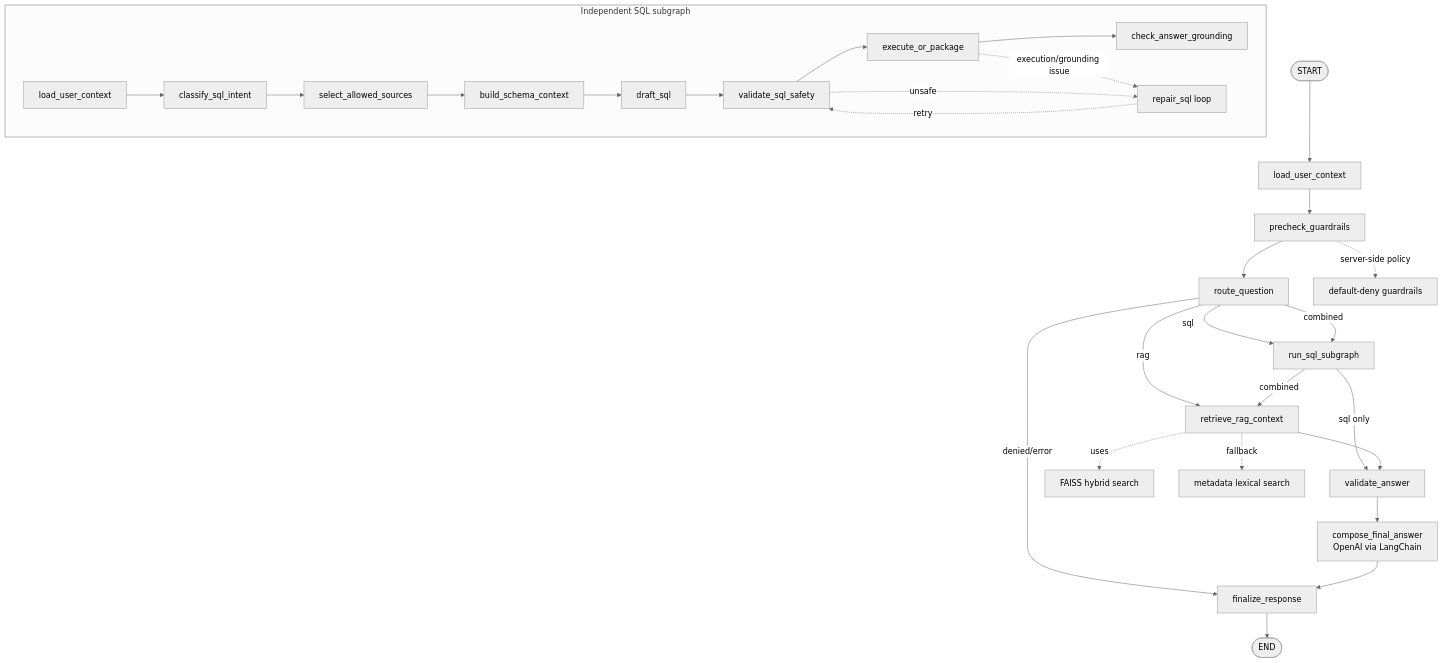
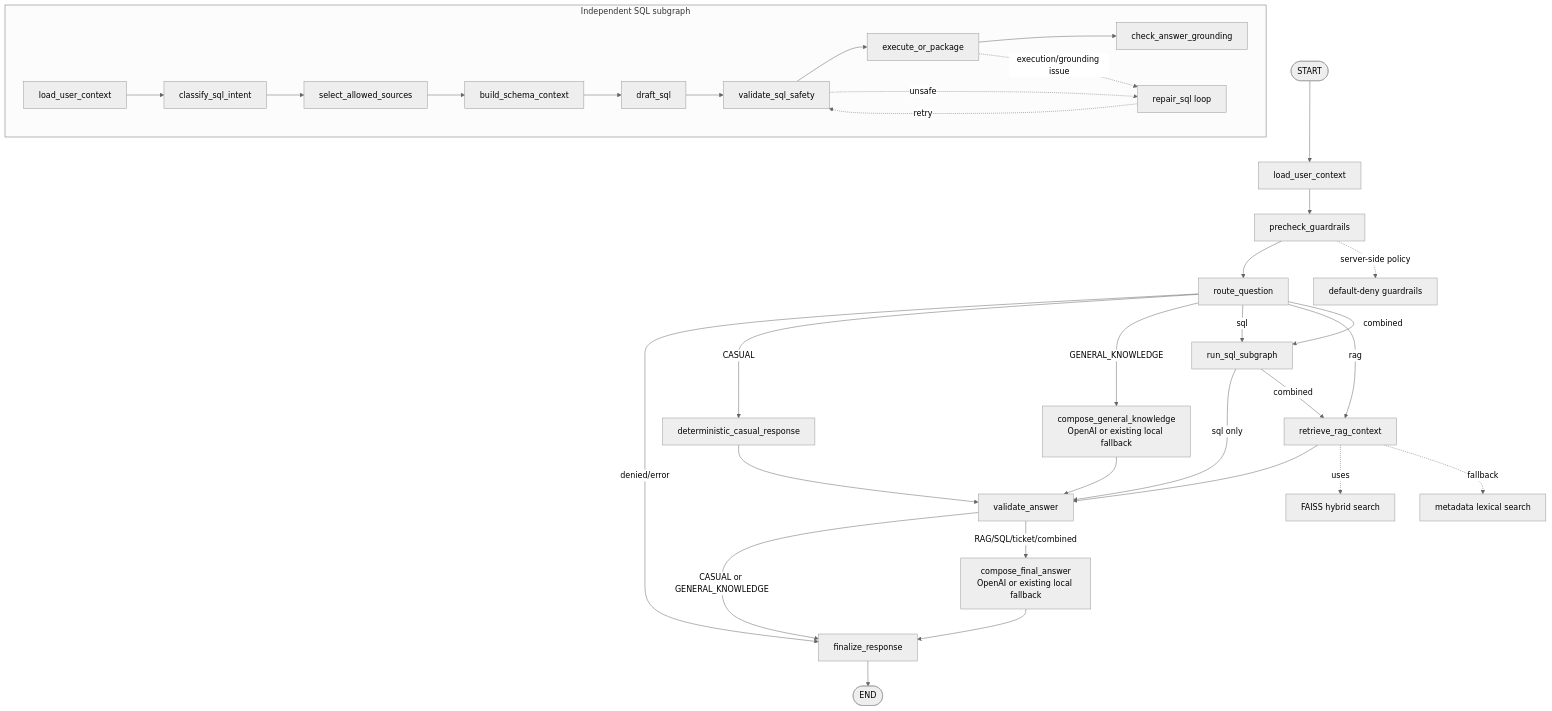
The diagram in docs/architecture/phase3_orchestrator_graph.mmd (Dawood-Imran/NexusOne), drawn with Mermaid (neutral theme) before and after one commit. The commit also changed 15 other files, not shown here.

Commit message:
Add casual and general knowledge routes

```diff
--- a/docs/architecture/phase3_orchestrator_graph.mmd
+++ b/docs/architecture/phase3_orchestrator_graph.mmd
@@ -1,35 +1,41 @@
 flowchart TD
   START([START]) --> LOAD[load_user_context]
   LOAD --> PRECHECK[precheck_guardrails]
   PRECHECK --> ROUTE[route_question]
 
   ROUTE -- denied/error --> FINAL[finalize_response]
+  ROUTE -- CASUAL --> CASUAL[deterministic_casual_response]
+  ROUTE -- GENERAL_KNOWLEDGE --> GENERAL[compose_general_knowledge<br/>OpenAI or existing local fallback]
   ROUTE -- sql --> SQL[run_sql_subgraph]
   ROUTE -- rag --> RAG[retrieve_rag_context]
   ROUTE -- combined --> SQL
 
+  CASUAL --> VALIDATE[validate_answer]
+  GENERAL --> VALIDATE
+
   SQL -- sql only --> VALIDATE[validate_answer]
   SQL -- combined --> RAG
   RAG --> VALIDATE
-  VALIDATE --> COMPOSE[compose_final_answer<br/>OpenAI via LangChain]
+  VALIDATE -- CASUAL or GENERAL_KNOWLEDGE --> FINAL
+  VALIDATE -- RAG/SQL/ticket/combined --> COMPOSE[compose_final_answer<br/>OpenAI or existing local fallback]
   COMPOSE --> FINAL
   FINAL --> END([END])
 
   subgraph SQLSubgraph["Independent SQL subgraph"]
     SQL_LOAD[load_user_context]
     SQL_INTENT[classify_sql_intent]
     SQL_SOURCES[select_allowed_sources]
     SQL_SCHEMA[build_schema_context]
     SQL_DRAFT[draft_sql]
     SQL_VALIDATE[validate_sql_safety]
     SQL_EXEC[execute_or_package]
     SQL_GROUND[check_answer_grounding]
     SQL_REPAIR[repair_sql loop]
     SQL_LOAD --> SQL_INTENT --> SQL_SOURCES --> SQL_SCHEMA --> SQL_DRAFT --> SQL_VALIDATE --> SQL_EXEC --> SQL_GROUND
     SQL_VALIDATE -. unsafe .-> SQL_REPAIR -. retry .-> SQL_VALIDATE
     SQL_EXEC -. execution/grounding issue .-> SQL_REPAIR
   end
 
   RAG -. uses .-> FAISS[FAISS hybrid search]
   RAG -. fallback .-> LEXICAL[metadata lexical search]
   PRECHECK -. server-side policy .-> GUARDRAILS[default-deny guardrails]
```
